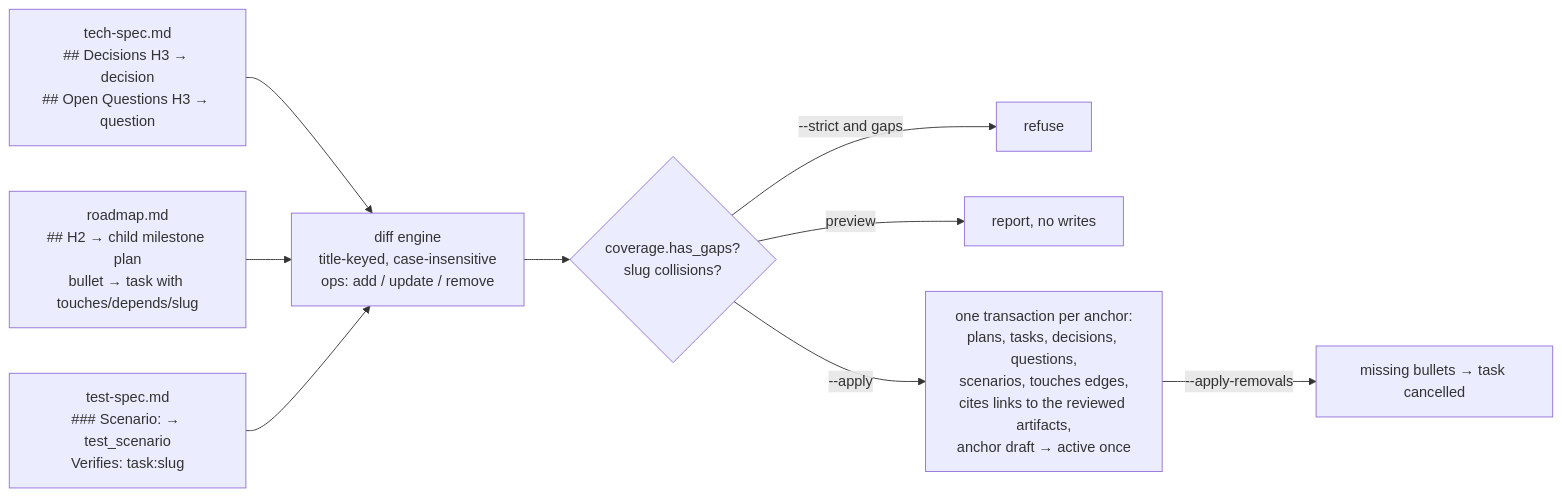
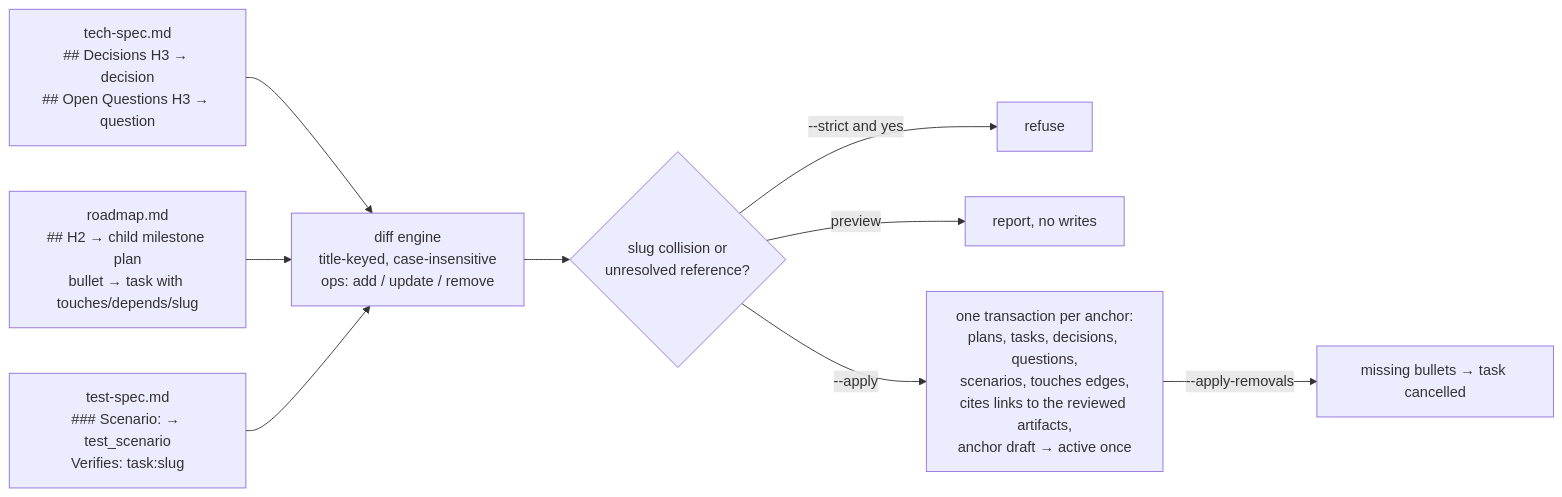
Diagram 18 of 25 in docs/lifecycles.md (rdrsss/planar), drawn with Mermaid before and after one commit. The commit also changed other lines of this file and 4 other files, not shown here.

````diff
--- a/docs/lifecycles.md
+++ b/docs/lifecycles.md
@@ -603,11 +606,11 @@
 ```mermaid
 flowchart LR
     T[tech-spec.md<br/>## Decisions H3 → decision<br/>## Open Questions H3 → question] --> D
     R[roadmap.md<br/>## H2 → child milestone plan<br/>bullet → task with touches/depends/slug] --> D
     S[test-spec.md<br/>### Scenario: → test_scenario<br/>Verifies: task:slug] --> D
-    D[diff engine<br/>title-keyed, case-insensitive<br/>ops: add / update / remove] --> C{coverage.has_gaps?<br/>slug collisions?}
-    C -->|--strict and gaps| REF[refuse]
+    D[diff engine<br/>title-keyed, case-insensitive<br/>ops: add / update / remove] --> C{slug collision or<br/>unresolved reference?}
+    C -->|--strict and yes| REF[refuse]
     C -->|preview| OUT[report, no writes]
     C -->|--apply| TX[one transaction per anchor:<br/>plans, tasks, decisions, questions,<br/>scenarios, touches edges,<br/>cites links to the reviewed artifacts,<br/>anchor draft → active once]
     TX -->|--apply-removals| RM[missing bullets → task cancelled]
 ```
````
